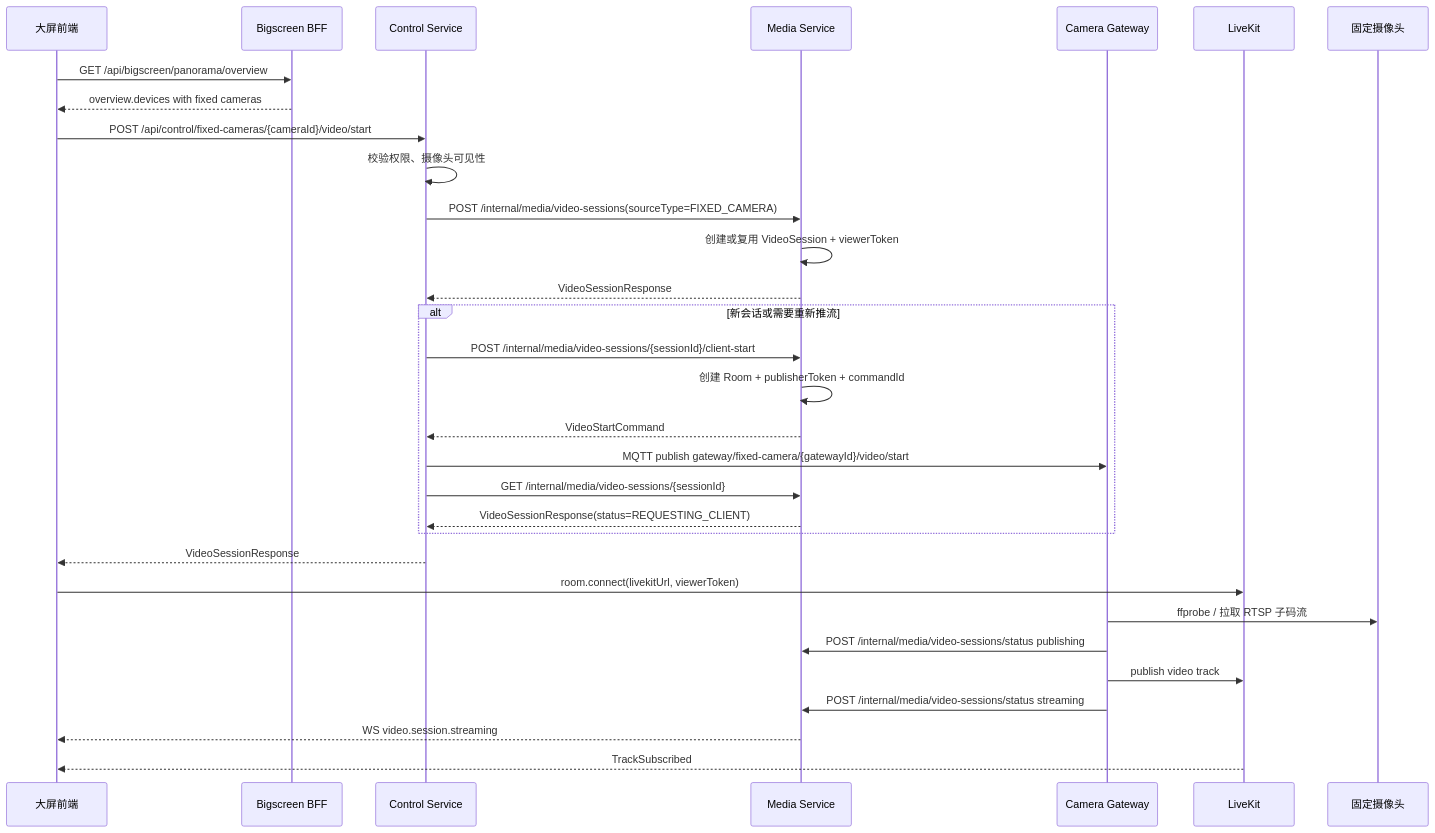
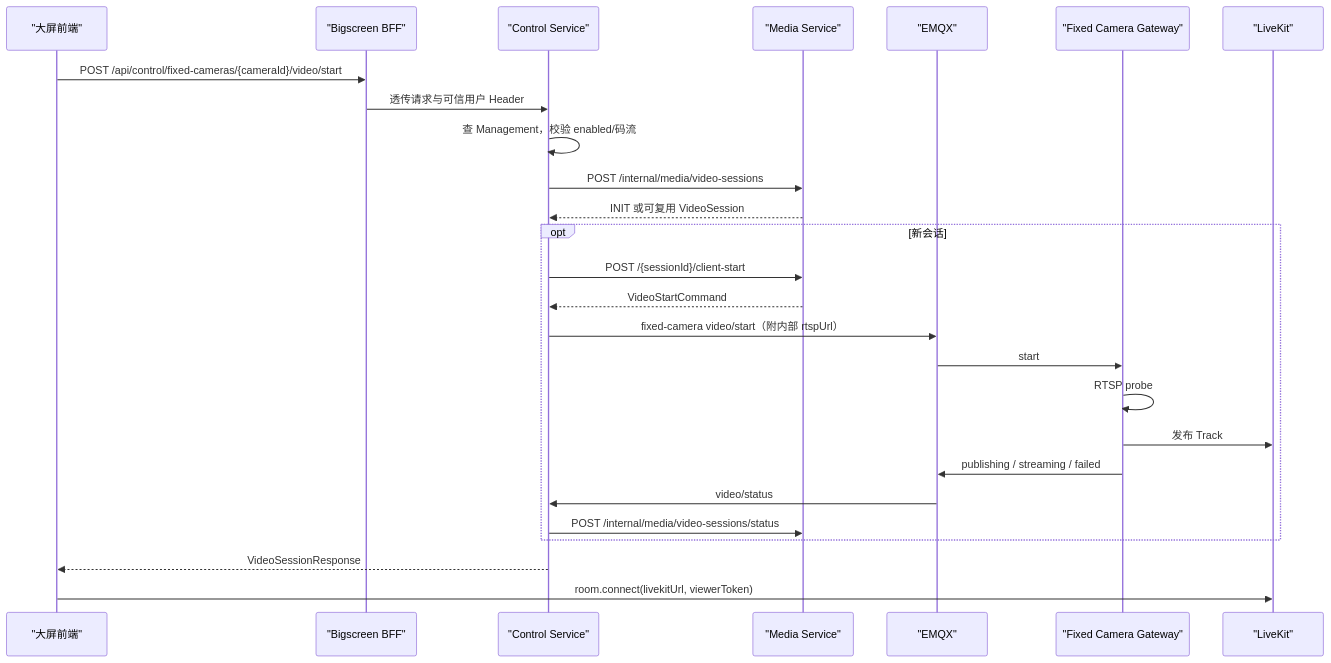
One commit to waleelay/robot changed the diagram in docs/02-设计/实时视频/固定监控摄像头实时视频设计说明书.md. Above: the diagram before and after it, drawn with Mermaid. The commit also changed other lines of this file and 39 other files, not shown here.

````diff
--- a/docs/02-设计/实时视频/固定监控摄像头实时视频设计说明书.md
+++ b/docs/02-设计/实时视频/固定监控摄像头实时视频设计说明书.md
@@ -462,34 +171,29 @@
 ```mermaid
 sequenceDiagram
-    participant FE as 大屏前端
-    participant BFF as Bigscreen BFF
-    participant CS as Control Service
-    participant MS as Media Service
-    participant GW as Camera Gateway
-    participant LK as LiveKit
-    participant CAM as 固定摄像头
+    participant FE as "大屏前端"
+    participant BFF as "Bigscreen BFF"
+    participant CS as "Control Service"
+    participant MS as "Media Service"
+    participant MQ as "EMQX"
+    participant GW as "Fixed Camera Gateway"
+    participant LK as "LiveKit"
 
-    FE->>BFF: GET /api/bigscreen/panorama/overview
-    BFF-->>FE: overview.devices with fixed cameras
-    FE->>CS: POST /api/control/fixed-cameras/{cameraId}/video/start
-    CS->>CS: 校验权限、摄像头可见性
-    CS->>MS: POST /internal/media/video-sessions(sourceType=FIXED_CAMERA)
-    MS->>MS: 创建或复用 VideoSession + viewerToken
-    MS-->>CS: VideoSessionResponse
-    alt 新会话或需要重新推流
-        CS->>MS: POST /internal/media/video-sessions/{sessionId}/client-start
-        MS->>MS: 创建 Room + publisherToken + commandId
+    FE->>BFF: POST /api/control/fixed-cameras/{cameraId}/video/start
+    BFF->>CS: 透传请求与可信用户 Header
+    CS->>CS: 查 Management，校验 enabled/码流
+    CS->>MS: POST /internal/media/video-sessions
+    MS-->>CS: INIT 或可复用 VideoSession
+    opt 新会话
+        CS->>MS: POST /{sessionId}/client-start
         MS-->>CS: VideoStartCommand
-        CS->>GW: MQTT publish gateway/fixed-camera/{gatewayId}/video/start
-        CS->>MS: GET /internal/media/video-sessions/{sessionId}
-        MS-->>CS: VideoSessionResponse(status=REQUESTING_CLIENT)
+        CS->>MQ: fixed-camera video/start（附内部 rtspUrl）
+        MQ->>GW: start
+        GW->>GW: RTSP probe
+        GW->>LK: 发布 Track
+        GW->>MQ: publishing / streaming / failed
+        MQ->>CS: video/status
+        CS->>MS: POST /internal/media/video-sessions/status
     end
     CS-->>FE: VideoSessionResponse
     FE->>LK: room.connect(livekitUrl, viewerToken)
-    GW->>CAM: ffprobe / 拉取 RTSP 子码流
-    GW->>MS: POST /internal/media/video-sessions/status publishing
-    GW->>LK: publish video track
-    GW->>MS: POST /internal/media/video-sessions/status streaming
-    MS-->>FE: WS video.session.streaming
-    LK-->>FE: TrackSubscribed
 ```
````
